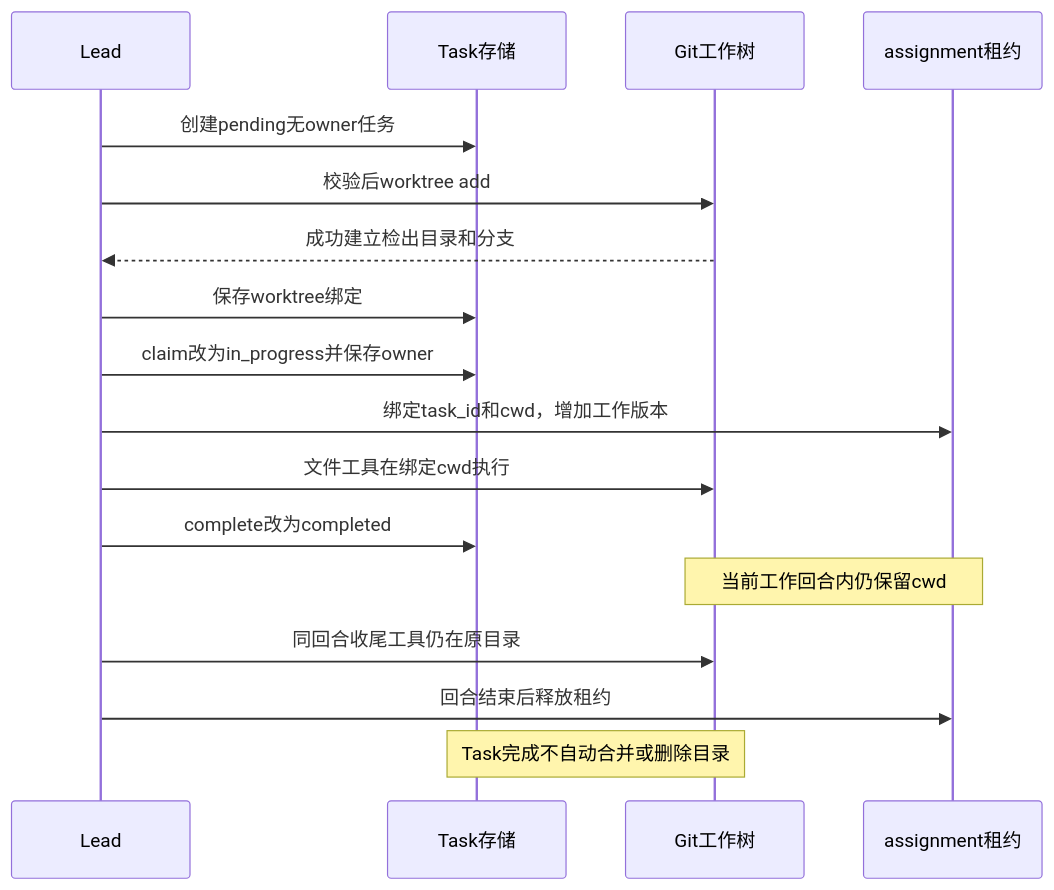
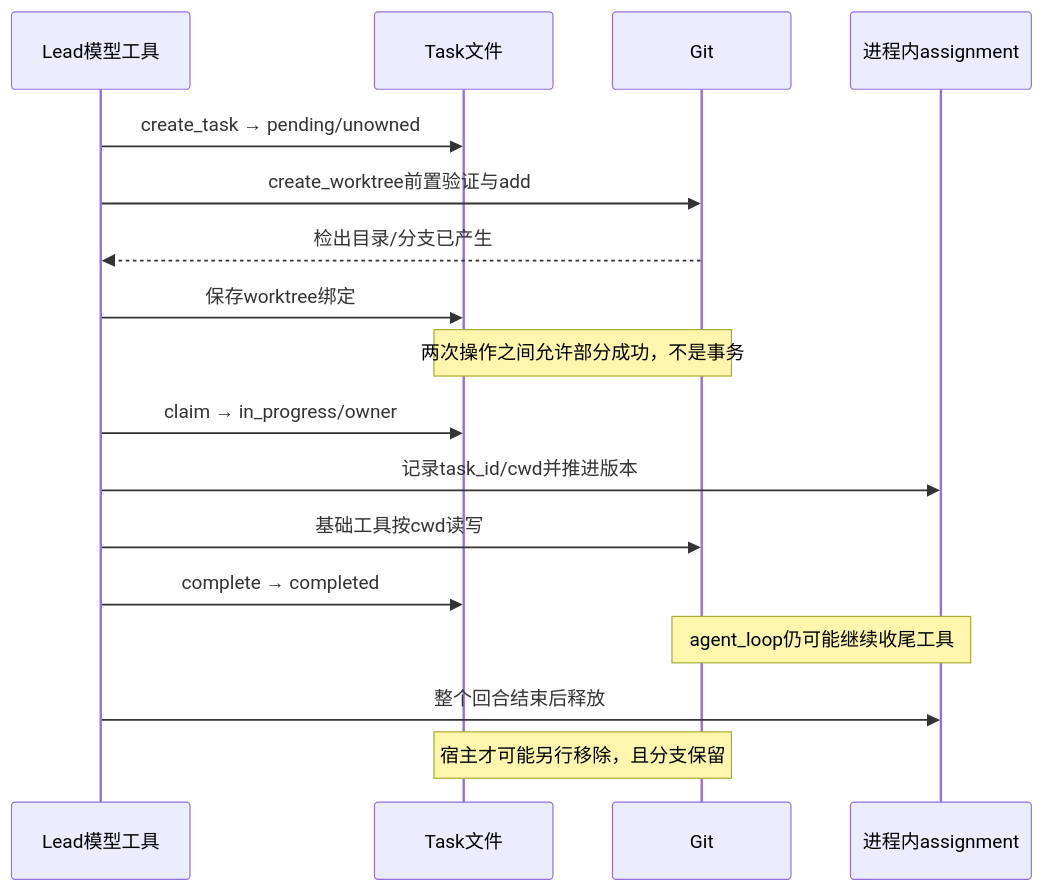
The seventh of 16 diagrams in .md/s15_integrated_harness.md (LiuXin19996/learn-claude-code), drawn with Mermaid before and after one commit. The commit also changed other lines of this file and 11 other files, not shown here.

````diff
--- a/.md/s15_integrated_harness.md
+++ b/.md/s15_integrated_harness.md
@@ -1853,19 +4163,19 @@
-```mermaid
+~~~mermaid
 sequenceDiagram
-    participant L as Lead
-    participant T as Task存储
-    participant G as Git工作树
-    participant A as assignment租约
-    L->>T: 创建pending无owner任务
-    L->>G: 校验后worktree add
-    G-->>L: 成功建立检出目录和分支
+    participant L as Lead模型工具
+    participant T as Task文件
+    participant G as Git
+    participant A as 进程内assignment
+    L->>T: create_task → pending/unowned
+    L->>G: create_worktree前置验证与add
+    G-->>L: 检出目录/分支已产生
     L->>T: 保存worktree绑定
-    L->>T: claim改为in_progress并保存owner
-    L->>A: 绑定task_id和cwd，增加工作版本
-    L->>G: 文件工具在绑定cwd执行
-    L->>T: complete改为completed
-    Note over A,G: 当前工作回合内仍保留cwd
-    L->>G: 同回合收尾工具仍在原目录
-    L->>A: 回合结束后释放租约
-    Note over T,G: Task完成不自动合并或删除目录
-```
+    Note over T,G: 两次操作之间允许部分成功，不是事务
+    L->>T: claim → in_progress/owner
+    L->>A: 记录task_id/cwd并推进版本
+    L->>G: 基础工具按cwd读写
+    L->>T: complete → completed
+    Note over A,G: agent_loop仍可能继续收尾工具
+    L->>A: 整个回合结束后释放
+    Note over T,G: 宿主才可能另行移除，且分支保留
+~~~
````
